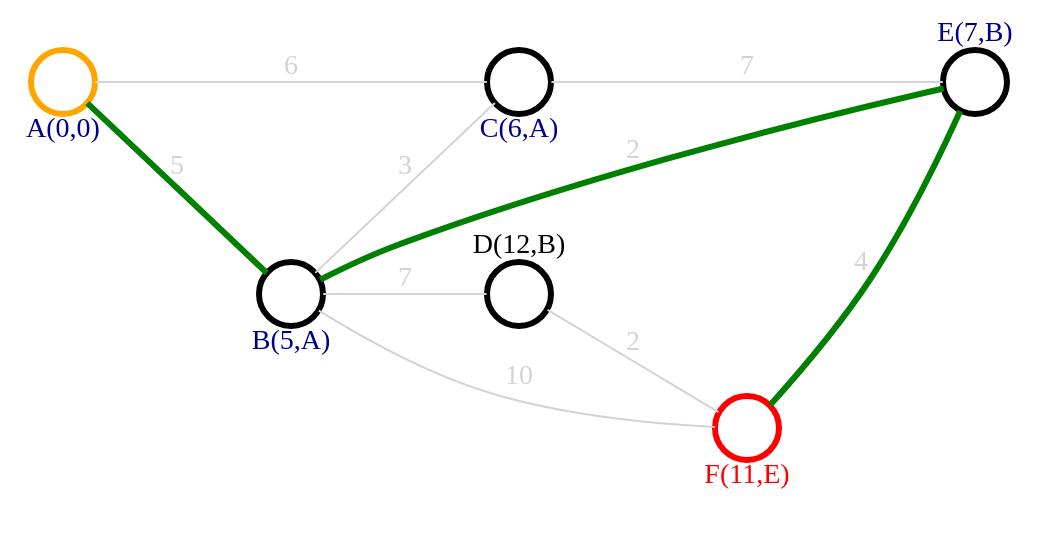
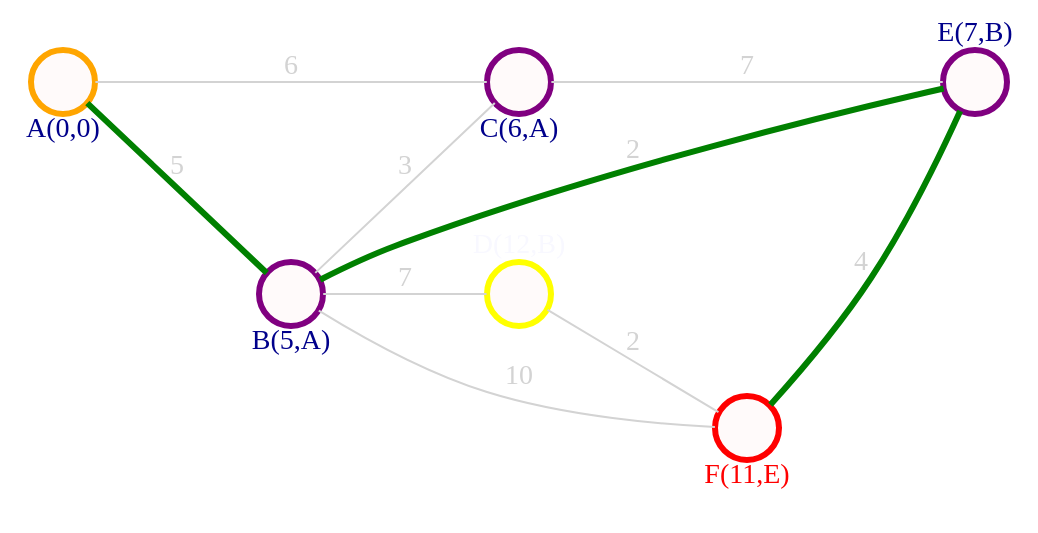
The sixth of 6 diagrams in uni/Discrete math/Graphs/Graphs - shortest path.md (dgudim2/obsidian_vault), drawn with Graphviz before and after one commit. The commit also changed other lines of this file and 6 other files, not shown here.

````diff
--- a/uni/Discrete math/Graphs/Graphs - shortest path.md
+++ b/uni/Discrete math/Graphs/Graphs - shortest path.md
@@ -313,44 +313,44 @@
 ```dot 
 graph neato { 
 
 bgcolor="transparent" 
 
 rankdir="LR"
 
 graph [layout = dot, ranksep=1,nodesep=.5]
 
 subgraph cluster_space {
 	graph [peripheries=0] 
 	
 	node [shape = circle, 
 	      style = filled, 
 	      width=0.45, 
 	      height=0.45, 
-	      color=darkyellow, 
-	      fillcolor=white, 
-	      fontcolor=brightwhite,
+	      color=yellow, 
+	      fillcolor=snow, 
+	      fontcolor=ghostwhite,
 	      fixedsize=true,
-	      penwidth=3] 
+	      penwidth=3]
 	
 	a [label="\n\n\nA(0,0)",color=orange,fontcolor=darkblue]
-	b [label="\n\n\nB(5,A)",color=darkpurple,fontcolor=darkblue]
-	c [label="\n\n\nC(6,A)",color=darkpurple,fontcolor=darkblue]
+	b [label="\n\n\nB(5,A)",color=purple,fontcolor=darkblue]
+	c [label="\n\n\nC(6,A)",color=purple,fontcolor=darkblue]
 	d [label="D(12,B)\n\n\n\n"]
-	e [label="E(7,B)\n\n\n\n",color=darkpurple,fontcolor=darkblue]
+	e [label="E(7,B)\n\n\n\n",color=purple,fontcolor=darkblue]
 	f [label="\n\n\nF(11,E)",color=red,fontcolor=red]
 	
 	edge [color=lightgray, fontcolor=lightgray] 
 	
 	a -- b [label="5",weight=5,color=green,penwidth=3]
 	a -- c [label="6",weight=6]
 	b -- e [label="2",weight=2,color=green,penwidth=3]
 	b -- f [label="10",weight=10]
 	b -- c [label="3",weight=3]
 	b -- d [label="7",weight=7]
 	c -- e [label="7",weight=7]
 	d -- f [label="2",weight=2]
 	f -- e [label="4",weight=4,color=green,penwidth=3]
 	
 	}
 } 
 ```
````
